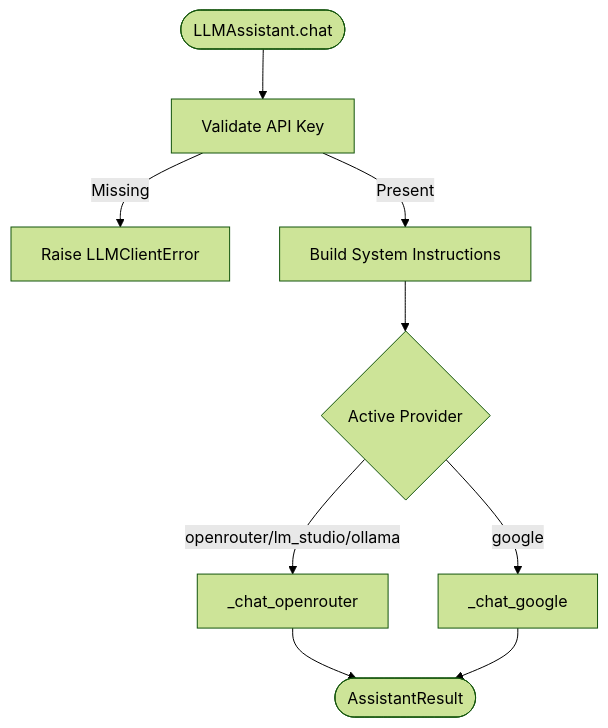
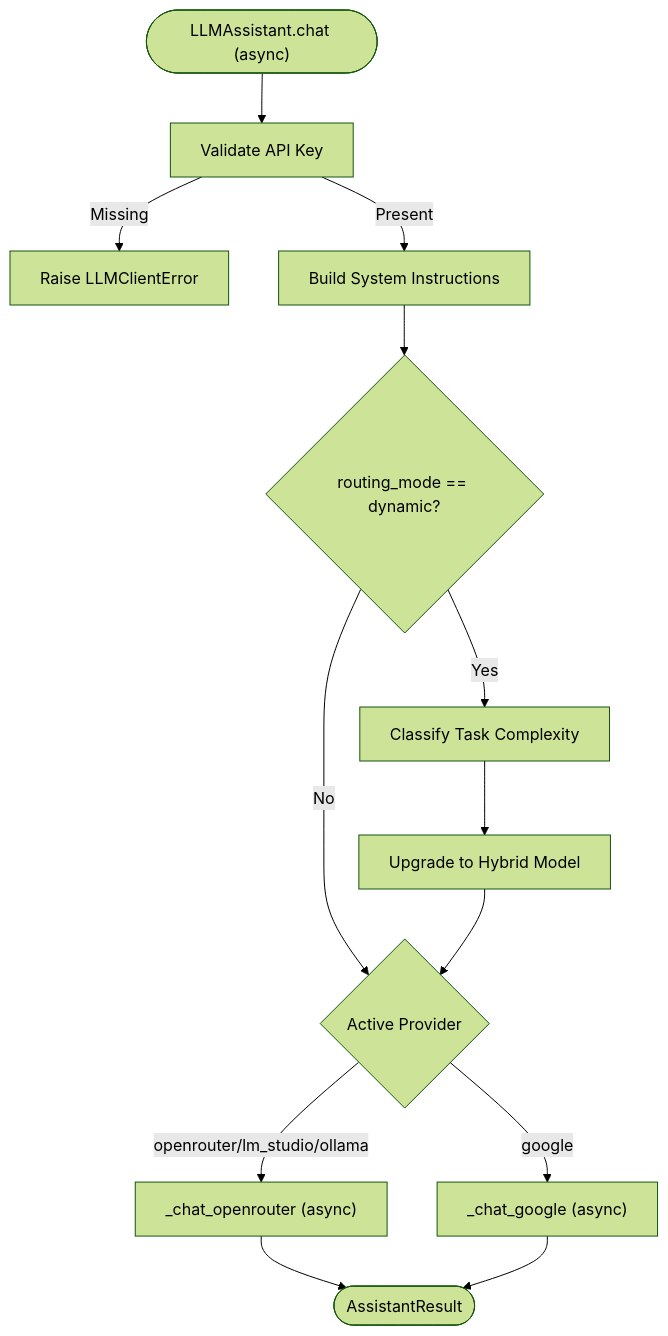
Before and after one commit to Sovetsky-Soyuz/AI-Assistant: the third of 8 diagrams in .qoder/repowiki/en/content/Backend Components/LLM Integration Layer/Client Architecture and Factory Pattern.md, drawn with Mermaid (forest theme). The commit also changed other lines of this file and 10 other files, not shown here.

````diff
--- a/.qoder/repowiki/en/content/Backend Components/LLM Integration Layer/Client Architecture and Factory Pattern.md
+++ b/.qoder/repowiki/en/content/Backend Components/LLM Integration Layer/Client Architecture and Factory Pattern.md
@@ -126,11 +142,15 @@
 ```mermaid
 flowchart TD
-Start(["LLMAssistant.chat"]) --> ValidateKey["Validate API Key"]
+Start(["LLMAssistant.chat (async)"]) --> ValidateKey["Validate API Key"]
 ValidateKey --> |Missing| RaiseError["Raise LLMClientError"]
 ValidateKey --> |Present| BuildInstructions["Build System Instructions"]
-BuildInstructions --> DetectProvider{"Active Provider"}
-DetectProvider --> |openrouter/lm_studio/ollama| OpenRouter["_chat_openrouter"]
-DetectProvider --> |google| Google["_chat_google"]
+BuildInstructions --> CheckHybrid{"routing_mode == dynamic?"}
+CheckHybrid --> |Yes| ClassifyTask["Classify Task Complexity"]
+ClassifyTask --> UpgradeModel["Upgrade to Hybrid Model"]
+CheckHybrid --> |No| DetectProvider{"Active Provider"}
+UpgradeModel --> DetectProvider
+DetectProvider --> |openrouter/lm_studio/ollama| OpenRouter["_chat_openrouter (async)"]
+DetectProvider --> |google| Google["_chat_google (async)"]
 OpenRouter --> End(["AssistantResult"])
 Google --> End
 ```
````
